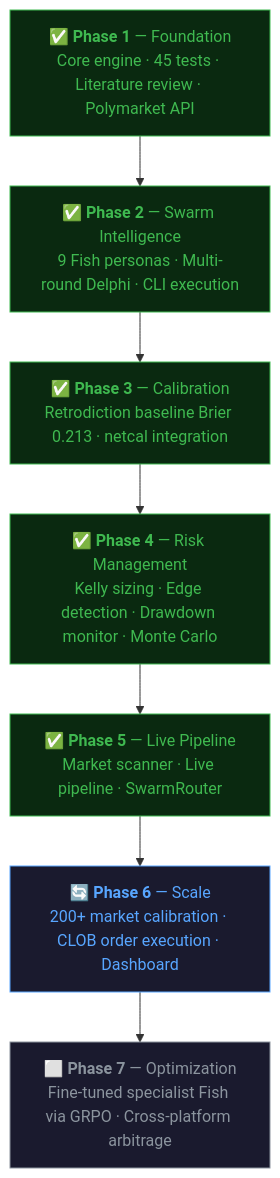
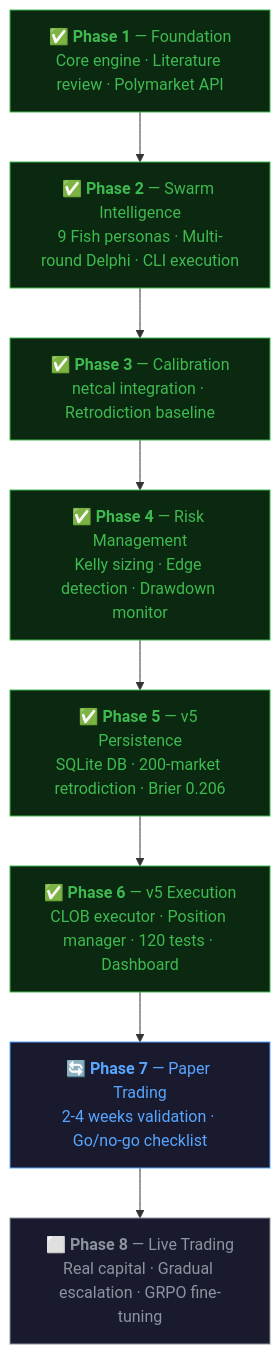
The fifth of 5 diagrams in README.md (ksk5429/quant), drawn with Mermaid before and after one commit. The commit also changed other lines of this file and 1 other file, not shown here.

First line of the commit message:
docs: update landing page for v5 — N=200 results, production features, 8-phase roadmap

````diff
--- a/README.md
+++ b/README.md
@@ -394,20 +478,22 @@
 ```mermaid
 graph TD
-    P1["✅ <b>Phase 1</b> — Foundation<br/>Core engine · 45 tests · Literature review · Polymarket API"]
+    P1["✅ <b>Phase 1</b> — Foundation<br/>Core engine · Literature review · Polymarket API"]
     P2["✅ <b>Phase 2</b> — Swarm Intelligence<br/>9 Fish personas · Multi-round Delphi · CLI execution"]
-    P3["✅ <b>Phase 3</b> — Calibration<br/>Retrodiction baseline Brier 0.213 · netcal integration"]
-    P4["✅ <b>Phase 4</b> — Risk Management<br/>Kelly sizing · Edge detection · Drawdown monitor · Monte Carlo"]
-    P5["✅ <b>Phase 5</b> — Live Pipeline<br/>Market scanner · Live pipeline · SwarmRouter"]
-    P6["🔄 <b>Phase 6</b> — Scale<br/>200+ market calibration · CLOB order execution · Dashboard"]
-    P7["⬜ <b>Phase 7</b> — Optimization<br/>Fine-tuned specialist Fish via GRPO · Cross-platform arbitrage"]
+    P3["✅ <b>Phase 3</b> — Calibration<br/>netcal integration · Retrodiction baseline"]
+    P4["✅ <b>Phase 4</b> — Risk Management<br/>Kelly sizing · Edge detection · Drawdown monitor"]
+    P5["✅ <b>Phase 5</b> — v5 Persistence<br/>SQLite DB · 200-market retrodiction · Brier 0.206"]
+    P6["✅ <b>Phase 6</b> — v5 Execution<br/>CLOB executor · Position manager · 120 tests · Dashboard"]
+    P7["🔄 <b>Phase 7</b> — Paper Trading<br/>2-4 weeks validation · Go/no-go checklist"]
+    P8["⬜ <b>Phase 8</b> — Live Trading<br/>Real capital · Gradual escalation · GRPO fine-tuning"]
 
-    P1 --> P2 --> P3 --> P4 --> P5 --> P6 --> P7
+    P1 --> P2 --> P3 --> P4 --> P5 --> P6 --> P7 --> P8
 
     style P1 fill:#0a2910,stroke:#3fb950,color:#3fb950
     style P2 fill:#0a2910,stroke:#3fb950,color:#3fb950
     style P3 fill:#0a2910,stroke:#3fb950,color:#3fb950
     style P4 fill:#0a2910,stroke:#3fb950,color:#3fb950
     style P5 fill:#0a2910,stroke:#3fb950,color:#3fb950
-    style P6 fill:#1a1a2e,stroke:#58a6ff,color:#58a6ff
-    style P7 fill:#1a1a2e,stroke:#8b949e,color:#8b949e
+    style P6 fill:#0a2910,stroke:#3fb950,color:#3fb950
+    style P7 fill:#1a1a2e,stroke:#58a6ff,color:#58a6ff
+    style P8 fill:#1a1a2e,stroke:#8b949e,color:#8b949e
 ```
````
